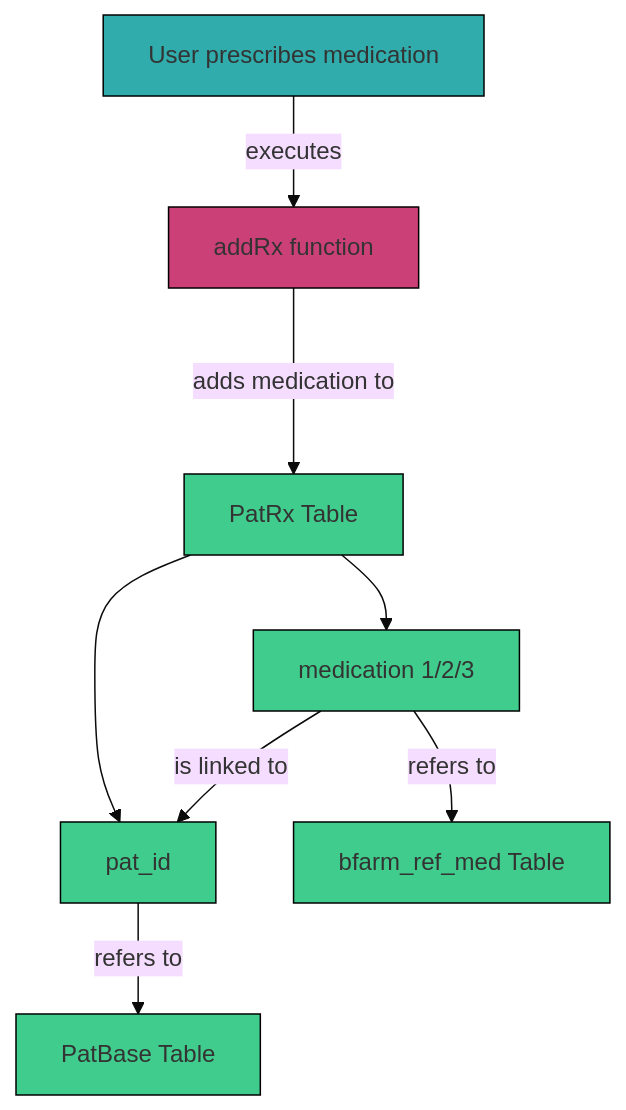
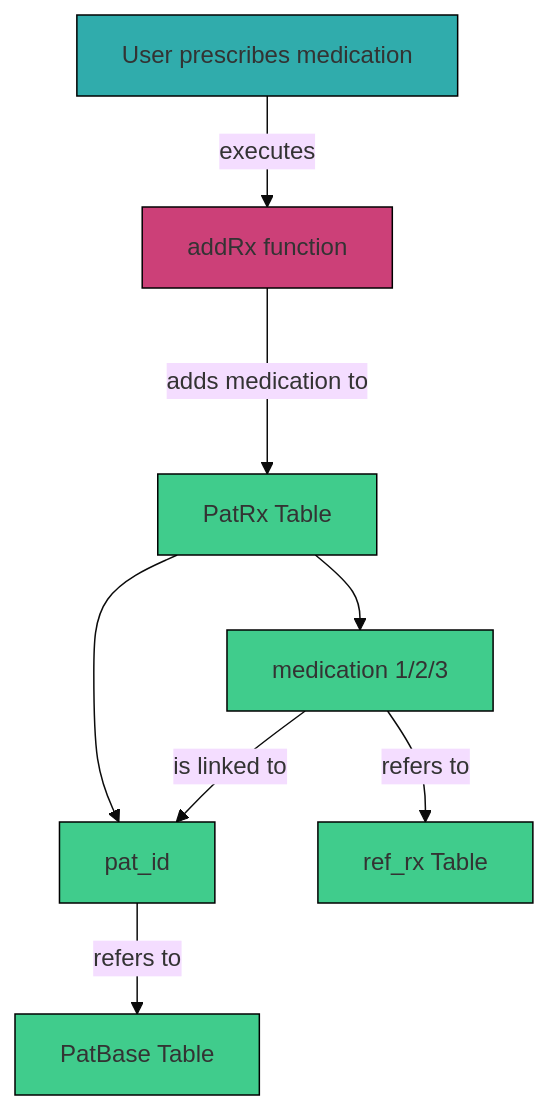
Before and after one commit to jan-cieslik/clinicedge_docs: the diagram in docs/Database_Structure/3_2_9_pat_rx.md, drawn with Mermaid (base theme). The commit also changed other lines of this file and 11 other files, not shown here.

````diff
--- a/docs/Database_Structure/3_2_9_pat_rx.md
+++ b/docs/Database_Structure/3_2_9_pat_rx.md
@@ -35,15 +36,15 @@
-``` mermaid
+```mermaid
 flowchart TD
     U["User prescribes medication"]:::UI -- executes --> A["addRx function"]:::logic
     A -- adds medication to ---> B["PatRx Table"]:::supabase
     B --> F["medication 1/2/3"]:::supabase
     B --> D["pat_id"]:::supabase
     F["medication 1/2/3"] -- is linked to --> D["pat_id"]:::supabase
-    F -- refers to --> C["bfarm_ref_med Table"]:::supabase
+    F -- refers to --> C["ref_rx Table"]:::supabase
     D -- refers to --> E["PatBase Table"]:::supabase
 
 classDef supabase fill:#40cc8c,stroke:#000000,stroke-width:1px;
 classDef UI fill:#30acac,stroke:#000000,stroke-width:1px;
 classDef logic fill:#cc4078,stroke:#000000,stroke-width:1px;
 classDef reference fill:#8240cc,stroke:#000000,stroke-width:1px;
 ```
````
